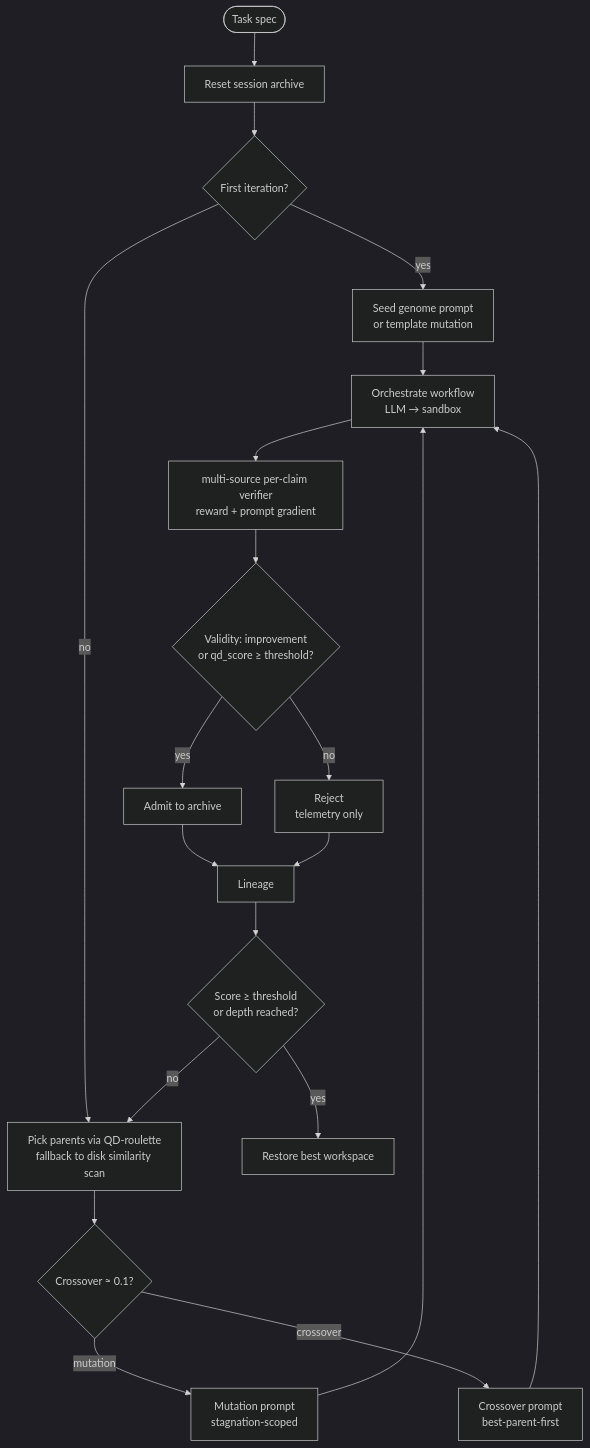
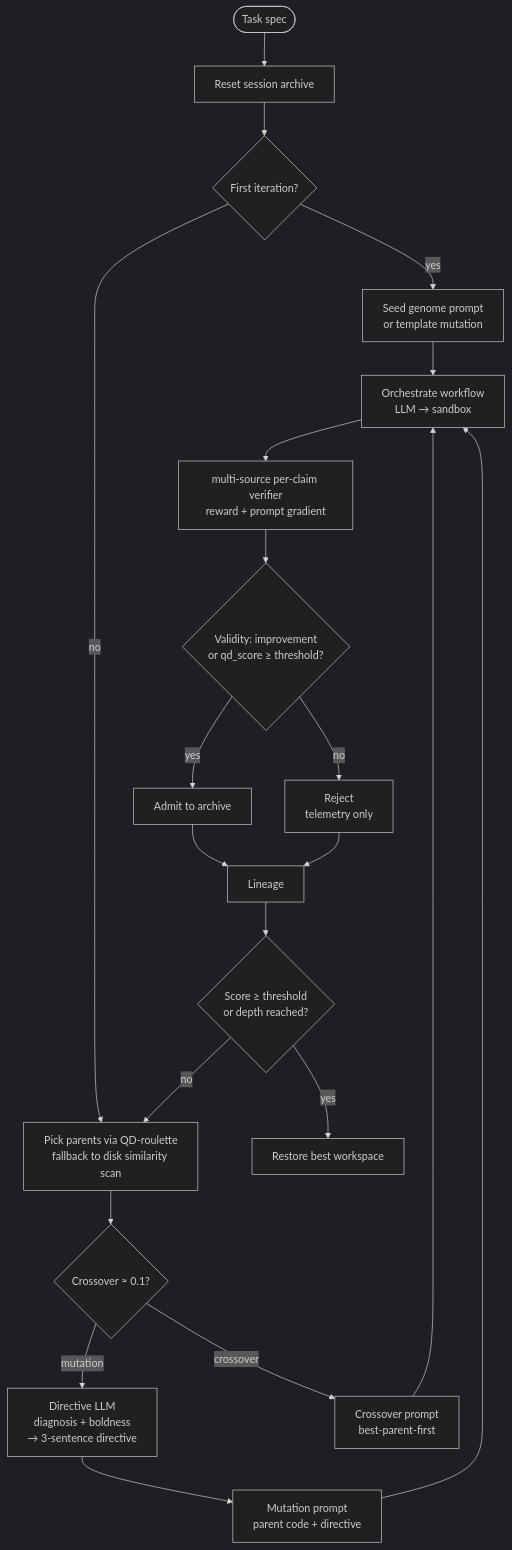
One commit to HolobiomicsLab/Mimosa-AI changed the diagram in docs/concepts/evolution-engine.md. Above: the diagram before and after it, drawn with Mermaid (dark theme). The commit also changed other lines of this file and 5 other files, not shown here.

First line of the commit message:
docs(evolution): document llm_think_mutation_directive offload step

````diff
--- a/docs/concepts/evolution-engine.md
+++ b/docs/concepts/evolution-engine.md
@@ -13,22 +13,23 @@
 ```mermaid
 flowchart TB
     Start([Task spec]) --> Reset[Reset session archive]
     Reset --> Seed{First iteration?}
     Seed -- yes --> SeedPrompt[Seed genome prompt<br/>or template mutation]
     Seed -- no --> Pick[Pick parents via QD-roulette<br/>fallback to disk similarity scan]
     SeedPrompt --> Orch[Orchestrate workflow<br/>LLM → sandbox]
     Pick --> Decide{Crossover ≈ 0.1?}
-    Decide -- mutation --> Mut[Mutation prompt<br/>stagnation-scoped]
+    Decide -- mutation --> Think[Directive LLM<br/>diagnosis + boldness<br/>→ 3-sentence directive]
     Decide -- crossover --> Cross[Crossover prompt<br/>best-parent-first]
+    Think --> Mut[Mutation prompt<br/>parent code + directive]
     Mut --> Orch
     Cross --> Orch
     Orch --> Eval[multi-source per-claim verifier<br/>reward + prompt gradient]
     Eval --> Admit{Validity: improvement<br/>or qd_score ≥ threshold?}
     Admit -- yes --> Archive[Admit to archive]
     Admit -- no --> Reject[Reject<br/>telemetry only]
     Archive --> Lin[Lineage]
     Reject --> Lin
     Lin --> Stop{Score ≥ threshold<br/>or depth reached?}
     Stop -- no --> Pick
     Stop -- yes --> Restore[Restore best workspace]
 ```
````
